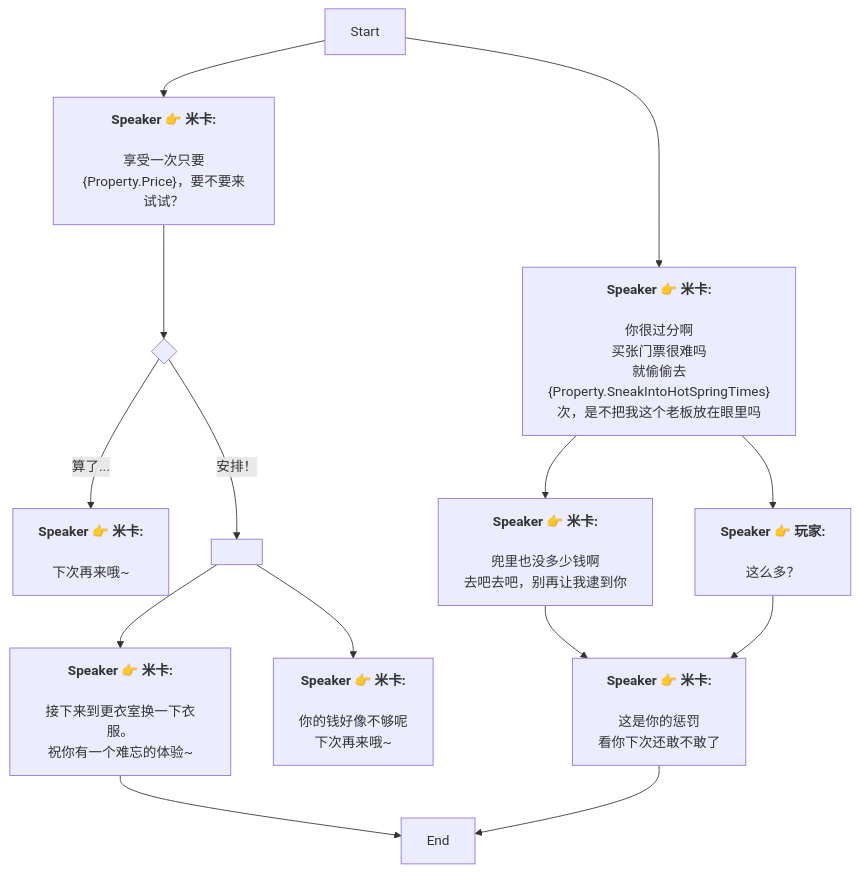
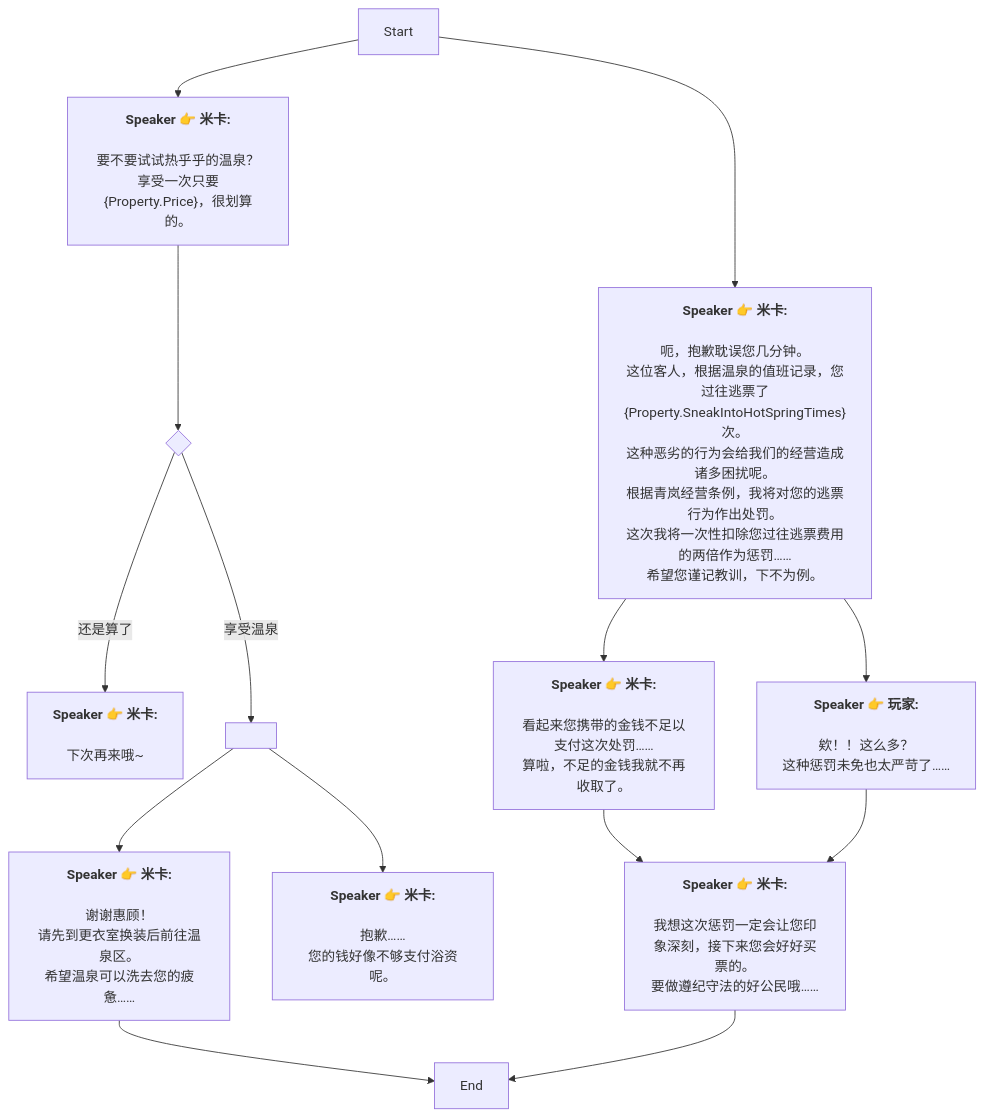
One commit to SoftHu/tos_avg changed the diagram in Zh/HotSpringHouse.md. Above: the diagram before and after it, drawn with Mermaid. The commit also changed 228 other files, not shown here.

````diff
--- a/Zh/HotSpringHouse.md
+++ b/Zh/HotSpringHouse.md
@@ -1,42 +1,48 @@
 ```mermaid
 graph
 Start -->1766332311608065[<b>Speaker 👉 米卡:</b>
 
-享受一次只要&lbrace;Property.Price&rbrace;，要不要来试试？]
+要不要试试热乎乎的温泉？
+享受一次只要&lbrace;Property.Price&rbrace;，很划算的。]
 Start -->1767303935431540[<b>Speaker 👉 米卡:</b>
 
-你很过分啊
-买张门票很难吗
-就偷偷去&lbrace;Property.SneakIntoHotSpringTimes&rbrace;次，是不把我这个老板放在眼里吗]
+呃，抱歉耽误您几分钟。
+这位客人，根据温泉的值班记录，您过往逃票了&lbrace;Property.SneakIntoHotSpringTimes&rbrace;次。
+这种恶劣的行为会给我们的经营造成诸多困扰呢。
+根据青岚经营条例，我将对您的逃票行为作出处罚。
+这次我将一次性扣除您过往逃票费用的两倍作为惩罚……
+希望您谨记教训，下不为例。]
 1766332311608065 -->1766332424646402{ }
-1766332424646402 -->|算了...|1766332464329479[<b>Speaker 👉 米卡:</b>
+1766332424646402 -->|还是算了|1766332464329479[<b>Speaker 👉 米卡:</b>
 
 下次再来哦~]
-1766332424646402 -->|安排！|1767448601822069[ ]
+1766332424646402 -->|享受温泉|1767448601822069[ ]
 1767448601822069 -->1766336570455822[<b>Speaker 👉 米卡:</b>
 
-接下来到更衣室换一下衣服。
-祝你有一个难忘的体验~]
+谢谢惠顾！
+请先到更衣室换装后前往温泉区。
+希望温泉可以洗去您的疲惫……]
 1767448601822069 -->1766336717079312[<b>Speaker 👉 米卡:</b>
 
-你的钱好像不够呢
-下次再来哦~]
+抱歉……
+您的钱好像不够支付浴资呢。]
 1766336570455822 -->1766336935867153[End]
 1767303935431540 -->1767306465960822[<b>Speaker 👉 米卡:</b>
 
-兜里也没多少钱啊
-去吧去吧，别再让我逮到你]
+看起来您携带的金钱不足以支付这次处罚……
+算啦，不足的金钱我就不再收取了。]
 1767303935431540 -->1767306336520052[<b>Speaker 👉 玩家:</b>
 
-这么多？]
+欸！！这么多？
+这种惩罚未免也太严苛了……]
 1767306465960822 -->1767306383012725[<b>Speaker 👉 米卡:</b>
 
-这是你的惩罚
-看你下次还敢不敢了]
+我想这次惩罚一定会让您印象深刻，接下来您会好好买票的。
+要做遵纪守法的好公民哦……]
 1767306383012725 -->1766336935867153[End]
 1767306336520052 -->1767306383012725[<b>Speaker 👉 米卡:</b>
 
-这是你的惩罚
-看你下次还敢不敢了]
+我想这次惩罚一定会让您印象深刻，接下来您会好好买票的。
+要做遵纪守法的好公民哦……]
 
  ```
````
